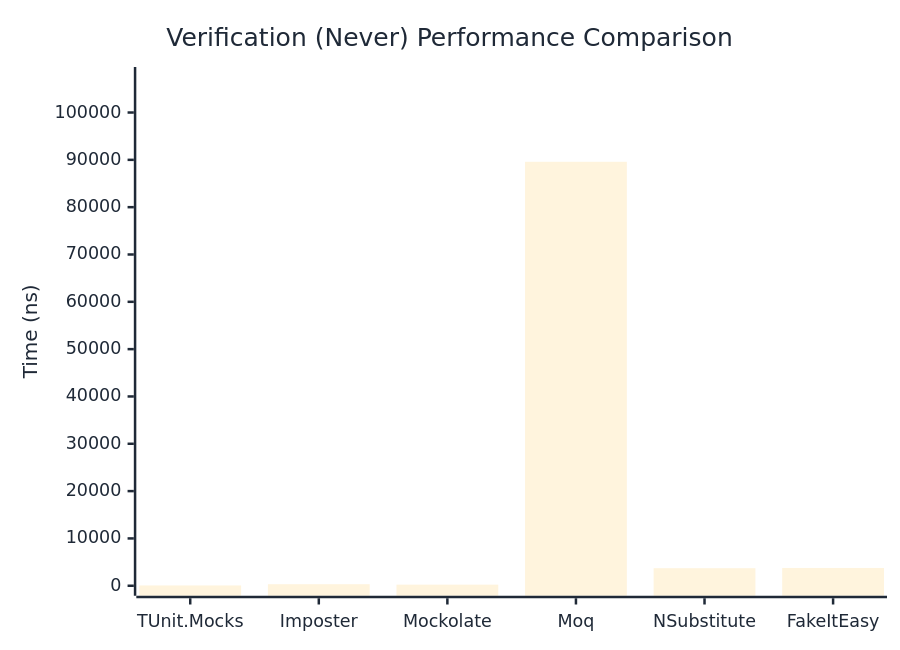
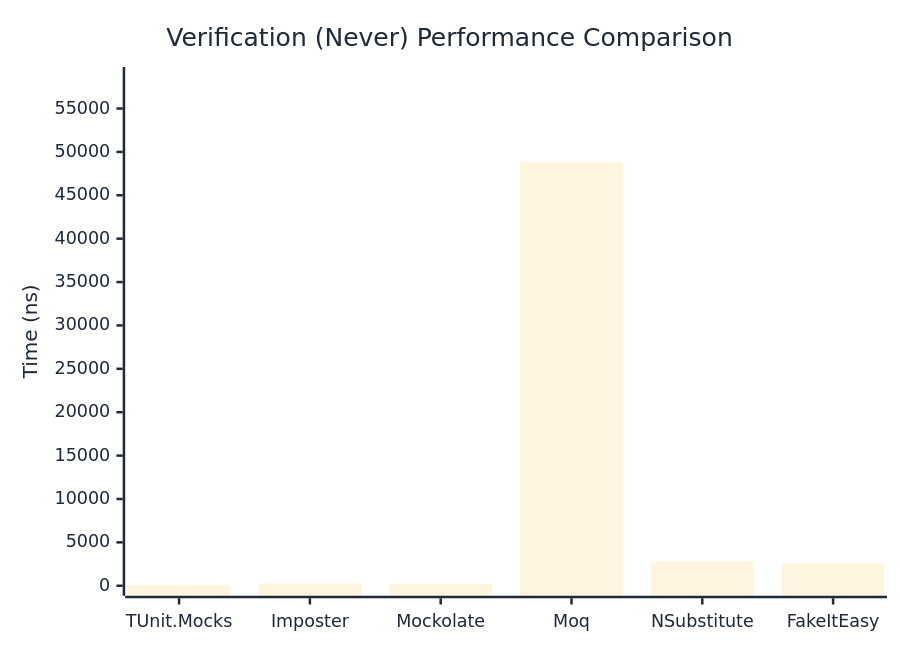
The second of 3 diagrams in docs/docs/benchmarks/mocks/Verification.md (thomhurst/TUnit), drawn with Mermaid before and after one commit. The commit also changed other lines of this file and 14 other files, not shown here.

````diff
--- a/docs/docs/benchmarks/mocks/Verification.md
+++ b/docs/docs/benchmarks/mocks/Verification.md
@@ -69,27 +69,27 @@
 ```mermaid
 %%{init: {
   'theme':'base',
   'themeVariables': {
     'primaryColor': '#2563eb',
     'primaryTextColor': '#1f2937',
     'primaryBorderColor': '#1e40af',
     'lineColor': '#6b7280',
     'secondaryColor': '#7c3aed',
     'tertiaryColor': '#dc2626',
     'background': '#ffffff',
     'pie1': '#2563eb',
     'pie2': '#7c3aed',
     'pie3': '#dc2626',
     'pie4': '#f59e0b',
     'pie5': '#10b981',
     'pie6': '#06b6d4',
     'pie7': '#ec4899',
     'pie8': '#6366f1'
   }
 }}%%
 xychart-beta
   title "Verification (Never) Performance Comparison"
   x-axis ["TUnit.Mocks", "Imposter", "Mockolate", "Moq", "NSubstitute", "FakeItEasy"]
-  y-axis "Time (ns)" 0 --> 107506
-  bar [60.99, 323.88, 231.11, 89588.18, 3711, 3756.65]
+  y-axis "Time (ns)" 0 --> 58633
+  bar [53.4, 256.65, 186.01, 48860.5, 2829.88, 2558.83]
 ```
````
